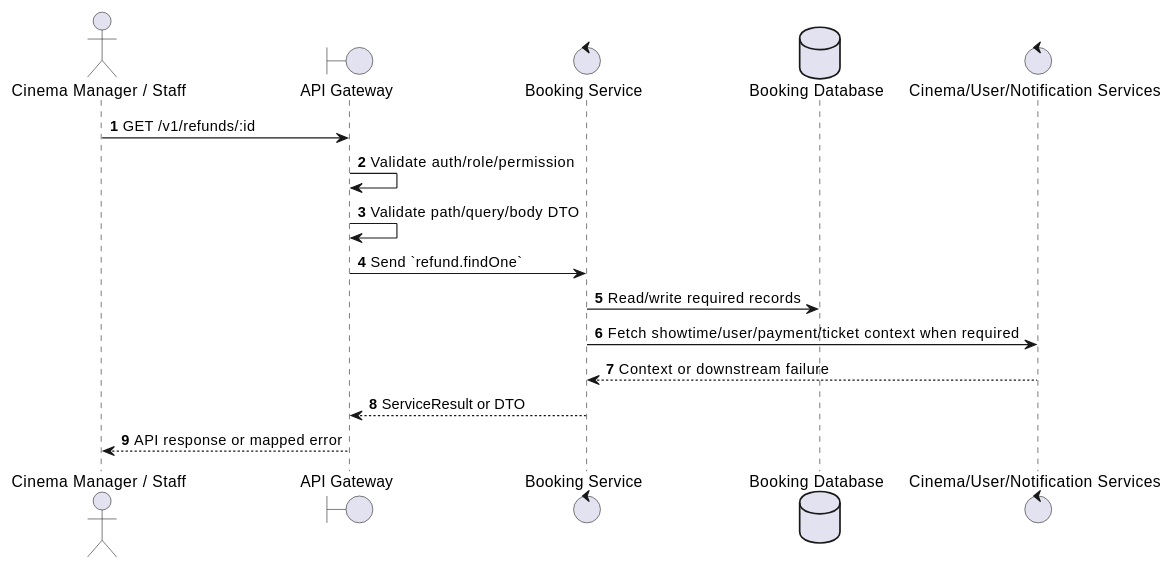
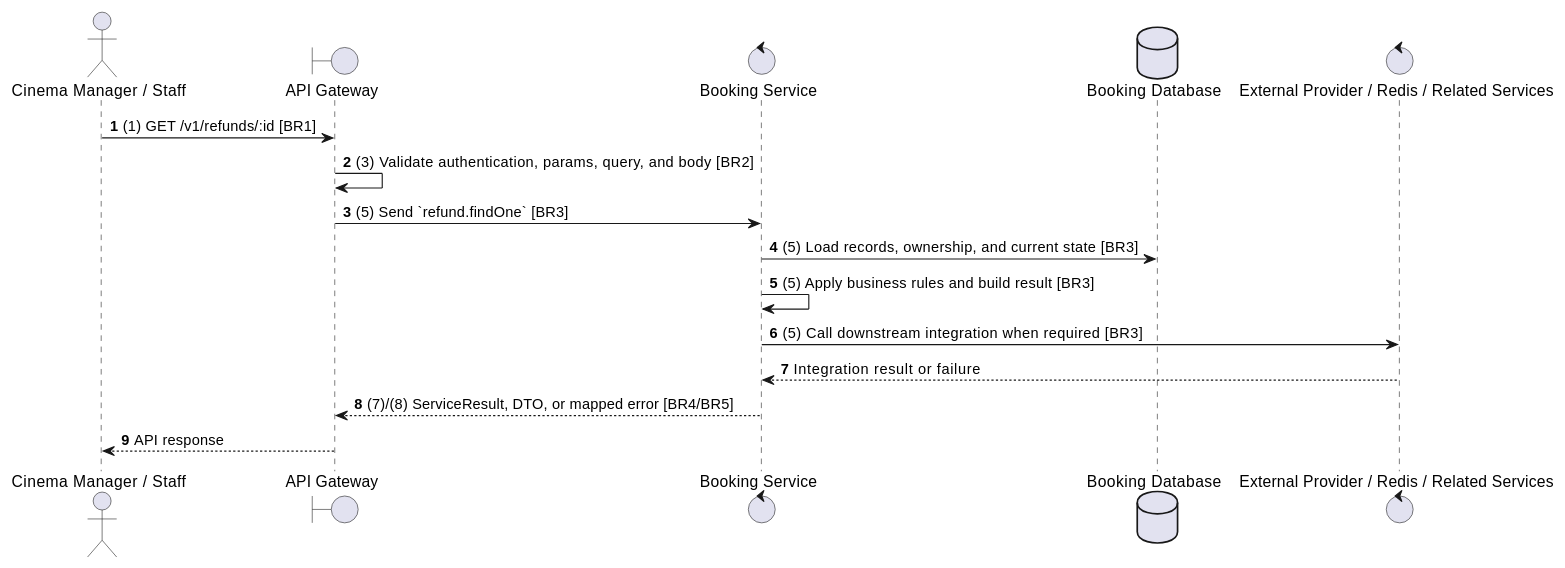
The second of 2 diagrams in docs/functional_specs/3.8_Refund_Management_Module/RF-03_Get_Refund_Details.md (Tanh1603/movie-hub-architecture), drawn with PlantUML before and after one commit. The commit also changed other lines of this file and 129 other files, not shown here.

````diff
--- a/docs/functional_specs/3.8_Refund_Management_Module/RF-03_Get_Refund_Details.md
+++ b/docs/functional_specs/3.8_Refund_Management_Module/RF-03_Get_Refund_Details.md
@@ -17,20 +64,20 @@
 ```plantuml
 @startuml
 autonumber
 actor "Cinema Manager / Staff" as Actor
 boundary "API Gateway" as GW
 control "Booking Service" as SVC
 database "Booking Database" as DB
-control "Cinema/User/Notification Services" as EXT
+control "External Provider / Redis / Related Services" as EXT
 
-Actor -> GW: GET /v1/refunds/:id
-GW -> GW: Validate auth/role/permission
-GW -> GW: Validate path/query/body DTO
-GW -> SVC: Send `refund.findOne`
-SVC -> DB: Read/write required records
-SVC -> EXT: Fetch showtime/user/payment/ticket context when required
-EXT --> SVC: Context or downstream failure
-SVC --> GW: ServiceResult or DTO
-GW --> Actor: API response or mapped error
+Actor -> GW: (1) GET /v1/refunds/:id [BR1]
+GW -> GW: (3) Validate authentication, params, query, and body [BR2]
+GW -> SVC: (5) Send `refund.findOne` [BR3]
+SVC -> DB: (5) Load records, ownership, and current state [BR3]
+SVC -> SVC: (5) Apply business rules and build result [BR3]
+SVC -> EXT: (5) Call downstream integration when required [BR3]
+EXT --> SVC: Integration result or failure
+SVC --> GW: (7)/(8) ServiceResult, DTO, or mapped error [BR4/BR5]
+GW --> Actor: API response
 @enduml
 ```
````
